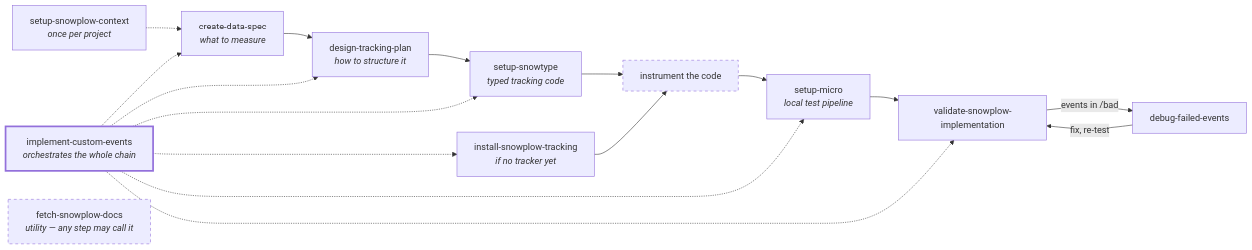
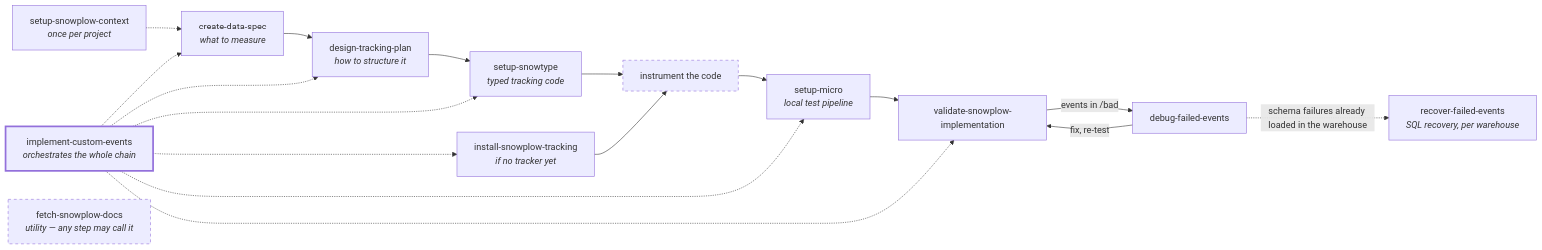
Before and after one commit to snowplow-industry-solutions/snowplow-agent-skills: the diagram in README.md, drawn with Mermaid. The commit also changed other lines of this file and 19 other files, not shown here.

````diff
--- a/README.md
+++ b/README.md
@@ -88,17 +89,18 @@
 ```mermaid
 flowchart LR
     ctx["setup-snowplow-context<br/><i>once per project</i>"] -.-> spec
     spec["create-data-spec<br/><i>what to measure</i>"] --> design["design-tracking-plan<br/><i>how to structure it</i>"]
     design --> snowtype["setup-snowtype<br/><i>typed tracking code</i>"] --> inst["instrument the code"]
     install["install-snowplow-tracking<br/><i>if no tracker yet</i>"] --> inst
     inst --> micro["setup-micro<br/><i>local test pipeline</i>"] --> validate["validate-snowplow-implementation"]
     validate -->|events in /bad| debug["debug-failed-events"]
     debug -->|fix, re-test| validate
+    debug -.->|schema failures already loaded in the warehouse| recover["recover-failed-events<br/><i>SQL recovery, per warehouse</i>"]
     e2e["implement-custom-events<br/><i>orchestrates the whole chain</i>"] -.-> spec & design & install & snowtype & micro & validate
     docs["fetch-snowplow-docs<br/><i>utility — any step may call it</i>"]
 
     classDef orchestrator stroke-width:3px
     classDef notskill stroke-dasharray: 5 5
     class e2e orchestrator
     class inst,docs notskill
 ```
````
